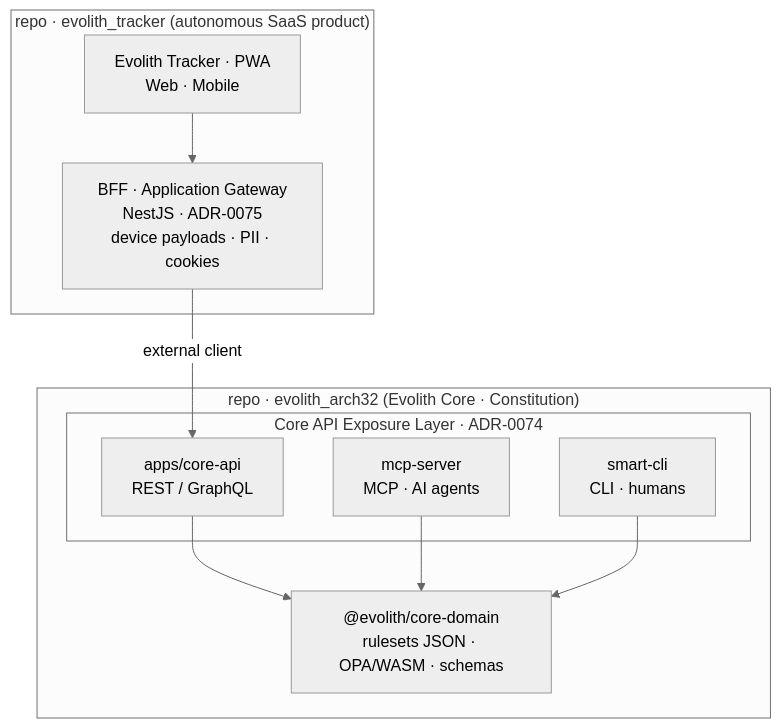
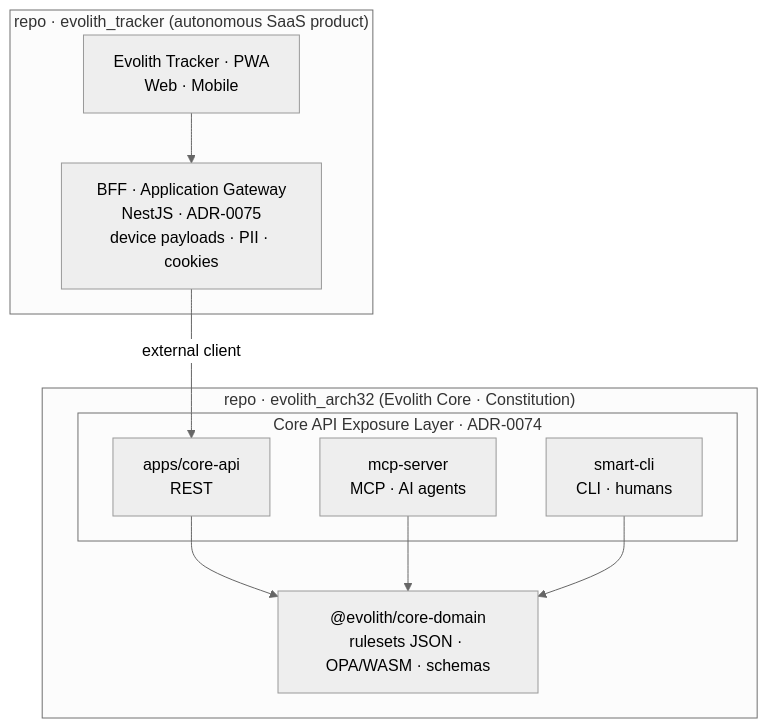
One commit to beyondnetcode/evolith_arch32 changed the diagram in reference/product-suite/vision/evolith-product-vision-master.md. Above: the diagram before and after it, drawn with Mermaid (neutral theme). The commit also changed other lines of this file and 8 other files, not shown here.

````diff
--- a/reference/product-suite/vision/evolith-product-vision-master.md
+++ b/reference/product-suite/vision/evolith-product-vision-master.md
@@ -118,18 +118,18 @@
 ```mermaid
 flowchart TB
   subgraph TRK["repo · evolith_tracker (autonomous SaaS product)"]
     PWA["Evolith Tracker · PWA<br/>Web · Mobile"] --> BFF["BFF · Application Gateway<br/>NestJS · ADR-0075<br/>device payloads · PII · cookies"]
   end
   subgraph CORE["repo · evolith_arch32 (Evolith Core · Constitution)"]
     subgraph EXP["Core API Exposure Layer · ADR-0074"]
-      API["apps/core-api<br/>REST / GraphQL"]
+      API["apps/core-api<br/>REST"]
       MCP["mcp-server<br/>MCP · AI agents"]
       CLI["smart-cli<br/>CLI · humans"]
     end
     DOM["@evolith/core-domain<br/>rulesets JSON · OPA/WASM · schemas"]
     API --> DOM
     MCP --> DOM
     CLI --> DOM
   end
   BFF -->|external client| API
 ```
````
